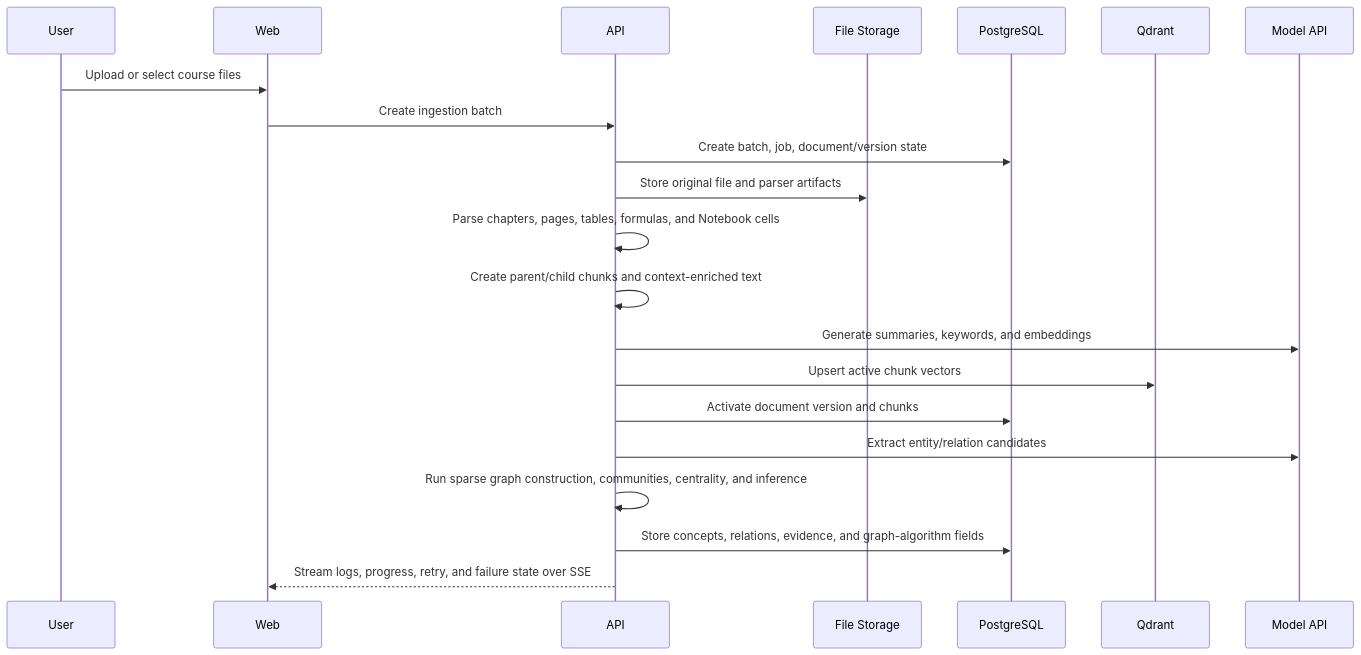
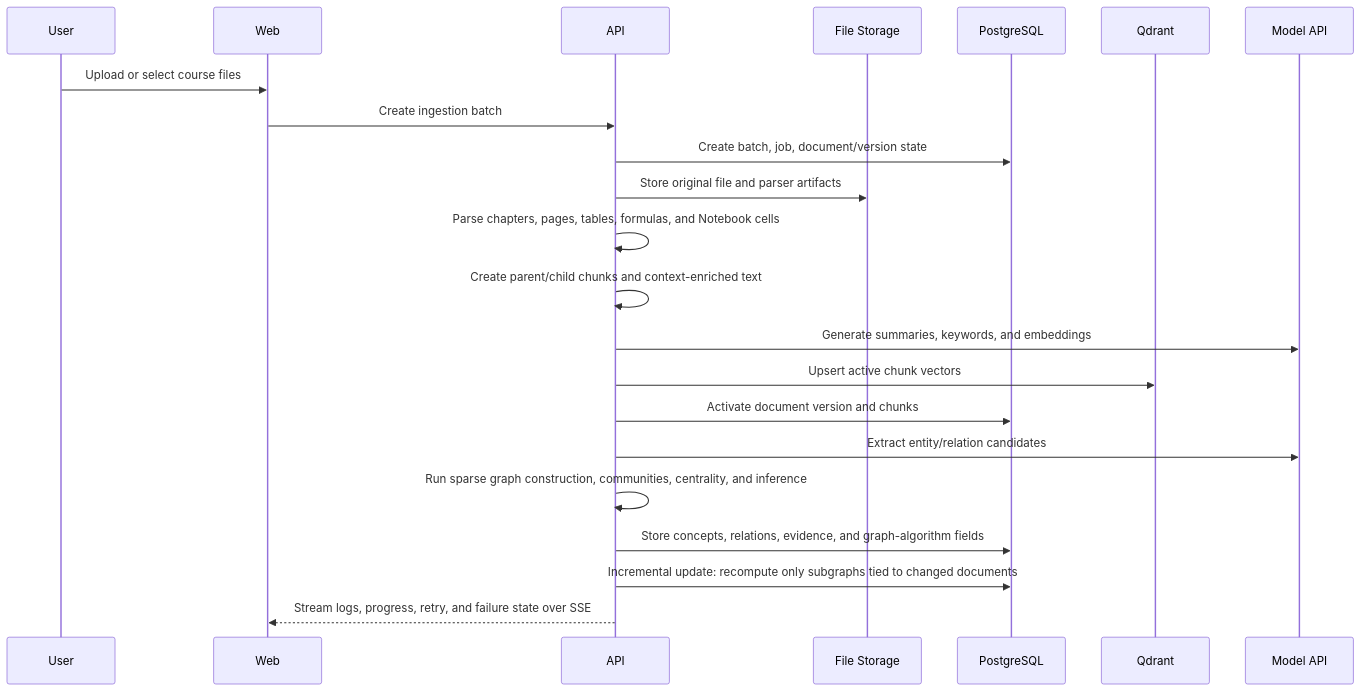
The second of 5 diagrams in README.en.md (Sggggt/DialoGraph), drawn with Mermaid before and after one commit. The commit also changed other lines of this file and 31 other files, not shown here.

````diff
--- a/README.en.md
+++ b/README.en.md
@@ -92,24 +94,25 @@
 ```mermaid
 sequenceDiagram
     participant User
     participant Web
     participant API
     participant Files as File Storage
     participant DB as PostgreSQL
     participant Vector as Qdrant
     participant Model as Model API
 
     User->>Web: Upload or select course files
     Web->>API: Create ingestion batch
     API->>DB: Create batch, job, document/version state
     API->>Files: Store original file and parser artifacts
     API->>API: Parse chapters, pages, tables, formulas, and Notebook cells
     API->>API: Create parent/child chunks and context-enriched text
     API->>Model: Generate summaries, keywords, and embeddings
     API->>Vector: Upsert active chunk vectors
     API->>DB: Activate document version and chunks
     API->>Model: Extract entity/relation candidates
     API->>API: Run sparse graph construction, communities, centrality, and inference
     API->>DB: Store concepts, relations, evidence, and graph-algorithm fields
+    API->>DB: Incremental update: recompute only subgraphs tied to changed documents
     API-->>Web: Stream logs, progress, retry, and failure state over SSE
 ```
````
